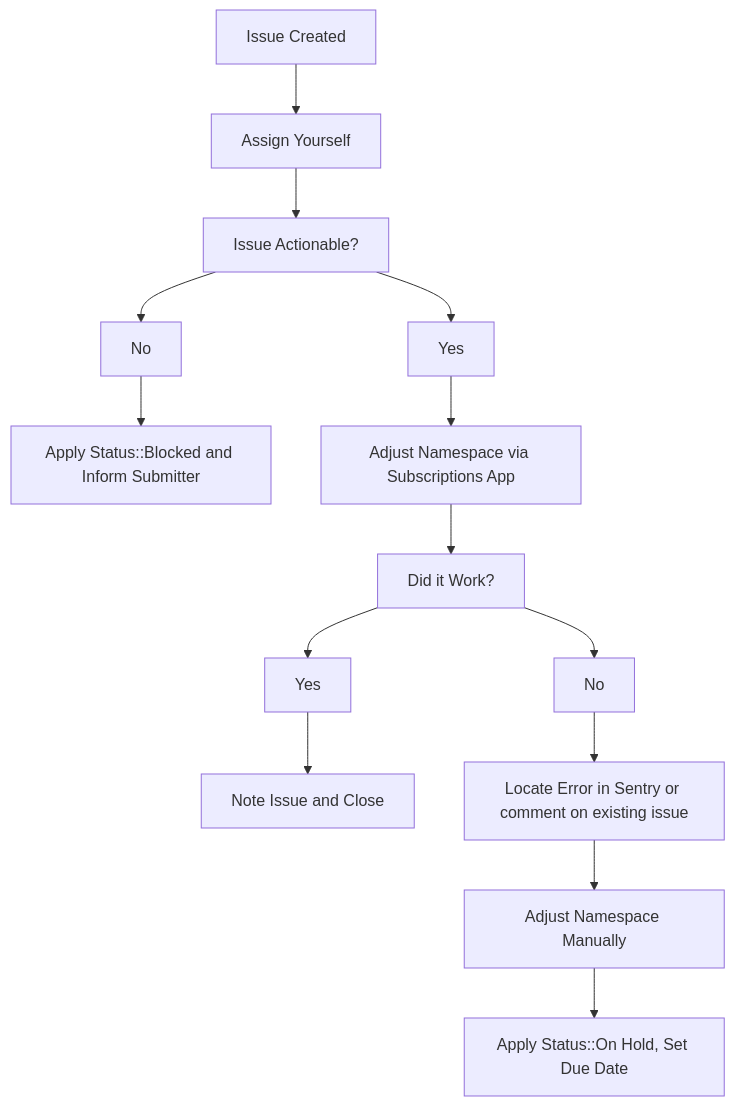
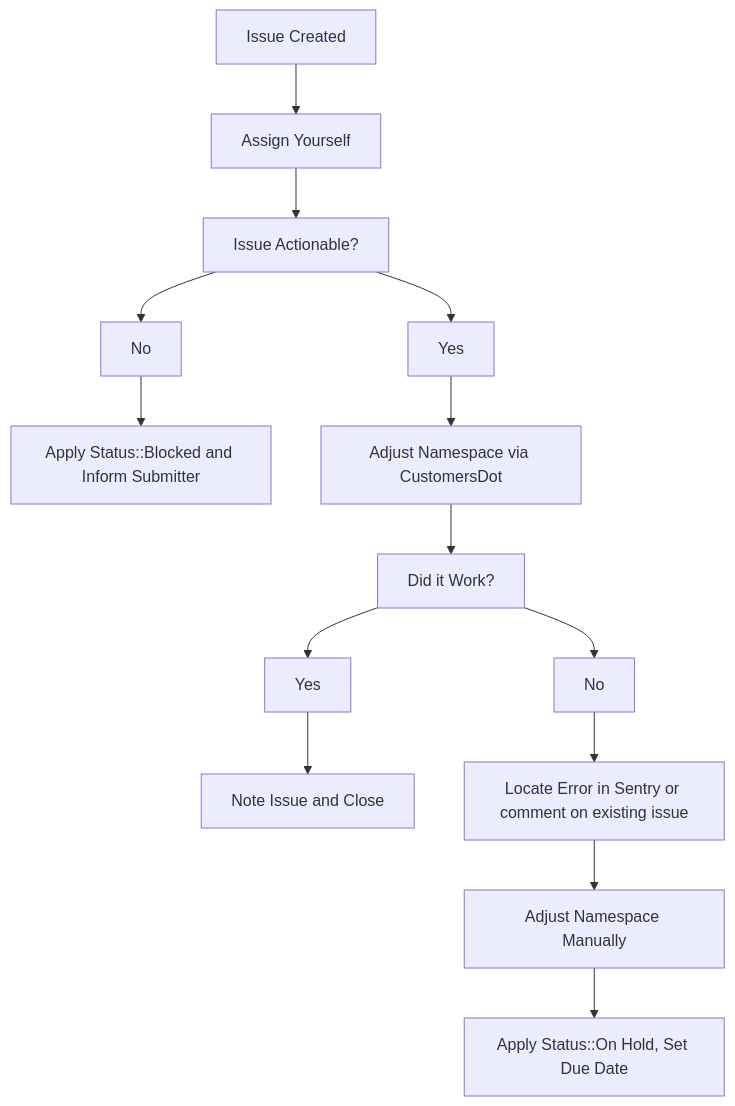
Before and after one commit to secretstartups/handbook: the diagram in support/workflows/trial_extensions.html.md, drawn with Mermaid. The commit also changed other lines of this file and 12 other files, not shown here.

Commit message:
Replace Subscriptions App with CustomersDot

````diff
--- a/support/workflows/trial_extensions.html.md
+++ b/support/workflows/trial_extensions.html.md
@@ -37,17 +37,17 @@
 ```mermaid
 graph TD;
   A[Issue Created]-->B[Assign Yourself];
   B-->C[Issue Actionable?];
   C-->J[No];
   J-->K[Apply Status::Blocked and Inform Submitter];
   C-->D[Yes];
-  D-->E[Adjust Namespace via Subscriptions App];
+  D-->E[Adjust Namespace via CustomersDot];
   E-->F[Did it Work?];
   F-->G[Yes];
   G-->H[Note Issue and Close];
   F-->I[No];
   I-->L[Locate Error in Sentry or comment on existing issue];
   click L "/handbook/support/workflows/500_errors.html#searching-sentry" "Diagnose Errors on GitLab.com"
   L-->M[Adjust Namespace Manually];
   M-->N[Apply Status::On Hold, Set Due Date];
 ```
````
